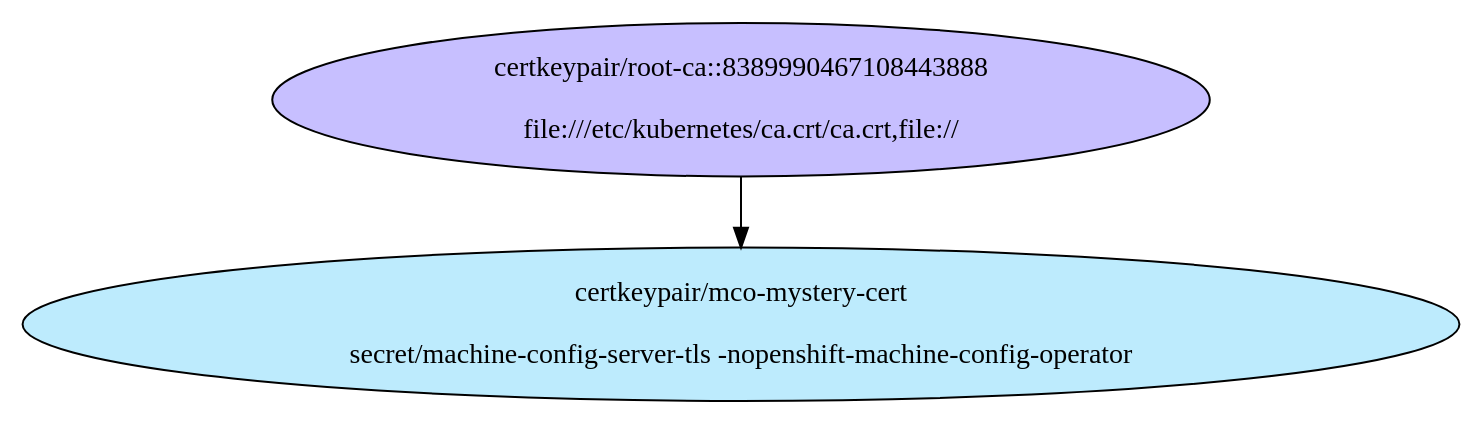
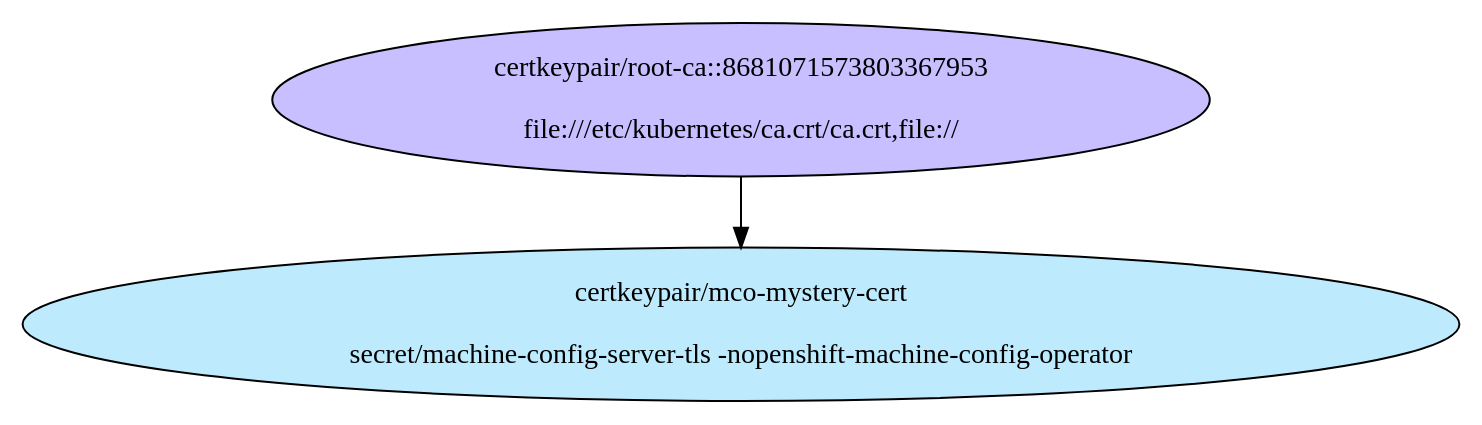
Before and after one commit to openshift/api: the diagram in tls/docs/MachineConfig Operator Certificates/cert-flow.dot, drawn with Graphviz. The commit also changed 557 other files, not shown here.

```diff
--- a/tls/docs/MachineConfig Operator Certificates/cert-flow.dot
+++ b/tls/docs/MachineConfig Operator Certificates/cert-flow.dot
@@ -1,16 +1,16 @@
 digraph "OpenShift Certificates" {
   // Node definitions.
   0 [
-    label="certkeypair/root-ca::8389990467108443888\n\nfile:///etc/kubernetes/ca.crt/ca.crt,file://\n"
+    label="certkeypair/root-ca::8681071573803367953\n\nfile:///etc/kubernetes/ca.crt/ca.crt,file://\n"
     style=filled
     fillcolor="#c7bfff"
   ];
   1 [
     label="certkeypair/mco-mystery-cert\n\nsecret/machine-config-server-tls -nopenshift-machine-config-operator\n"
     style=filled
     fillcolor="#bdebfd"
   ];
 
   // Edge definitions.
   0 -> 1;
 }
```
